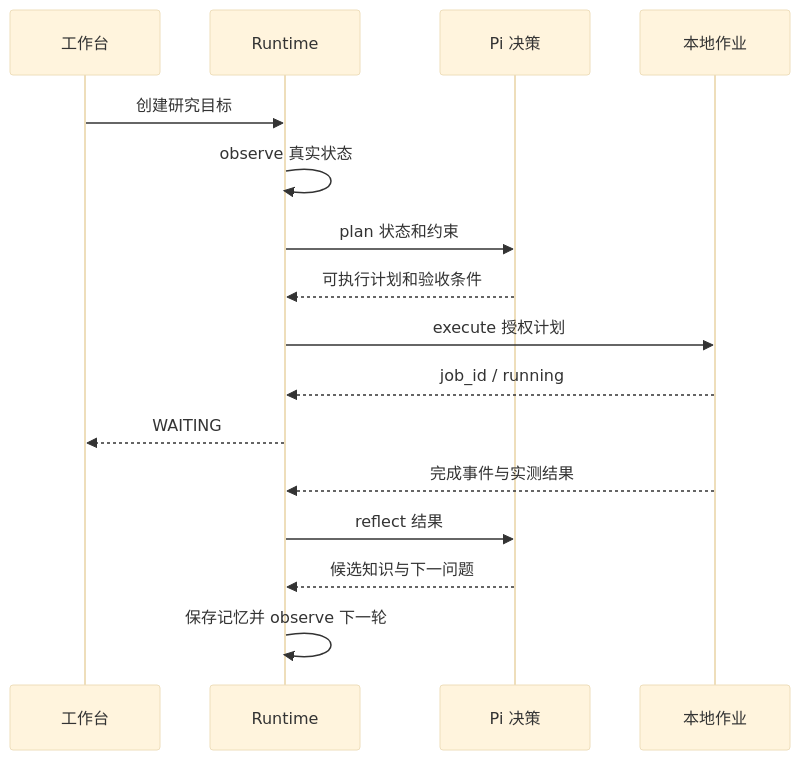
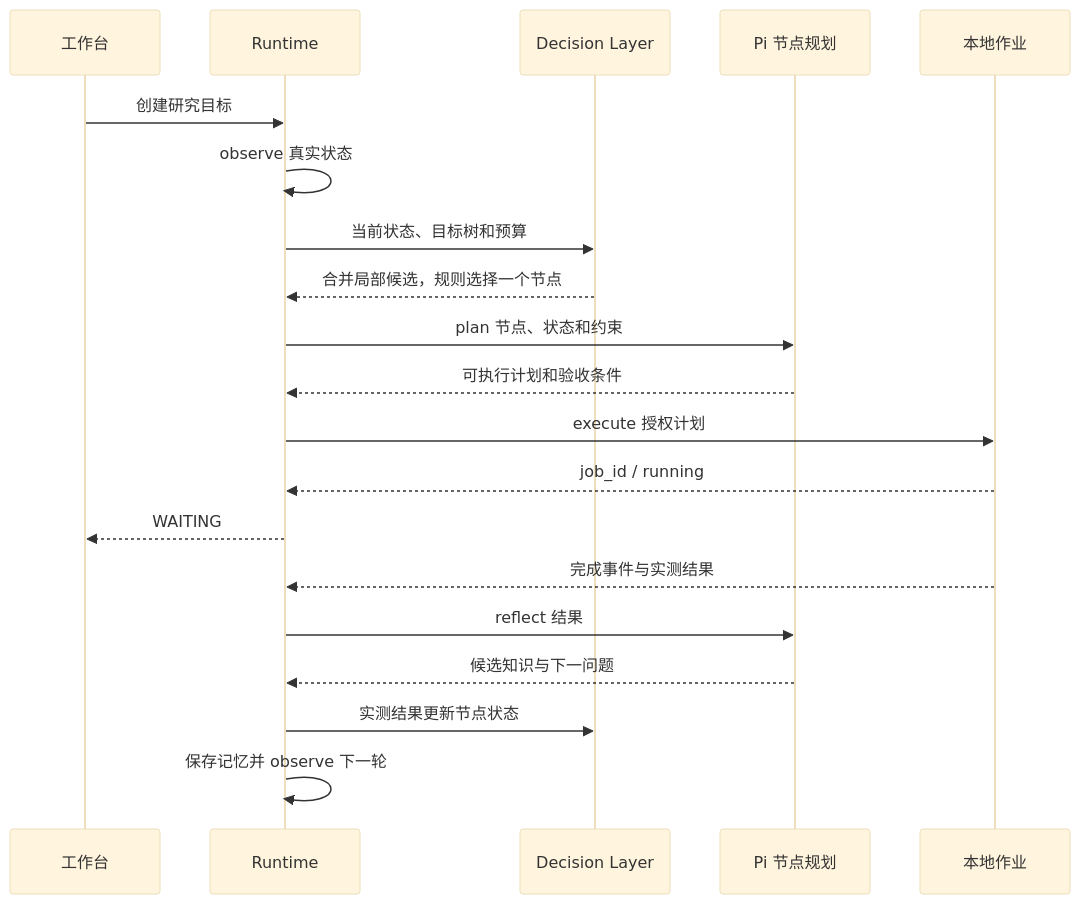
One commit to Linmoqian/Yunfeng changed the diagram in docs/api/2026-10-15-research-runtime.md. Above: the diagram before and after it, drawn with Mermaid (base theme). The commit also changed other lines of this file and 19 other files, not shown here.

````diff
--- a/docs/api/2026-10-15-research-runtime.md
+++ b/docs/api/2026-10-15-research-runtime.md
@@ -88,18 +98,22 @@
 ```mermaid
 sequenceDiagram
   participant UI as 工作台
   participant R as Runtime
-  participant P as Pi 决策
+  participant D as Decision Layer
+  participant P as Pi 节点规划
   participant J as 本地作业
   UI->>R: 创建研究目标
   R->>R: observe 真实状态
-  R->>P: plan 状态和约束
+  R->>D: 当前状态、目标树和预算
+  D-->>R: 合并局部候选，规则选择一个节点
+  R->>P: plan 节点、状态和约束
   P-->>R: 可执行计划和验收条件
   R->>J: execute 授权计划
   J-->>R: job_id / running
   R-->>UI: WAITING
   J-->>R: 完成事件与实测结果
   R->>P: reflect 结果
   P-->>R: 候选知识与下一问题
+  R->>D: 实测结果更新节点状态
   R->>R: 保存记忆并 observe 下一轮
 ```
````
